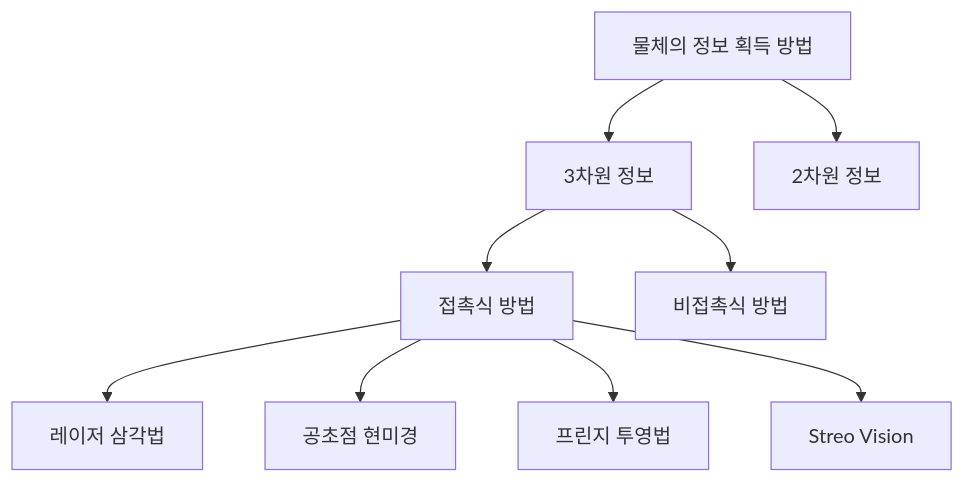
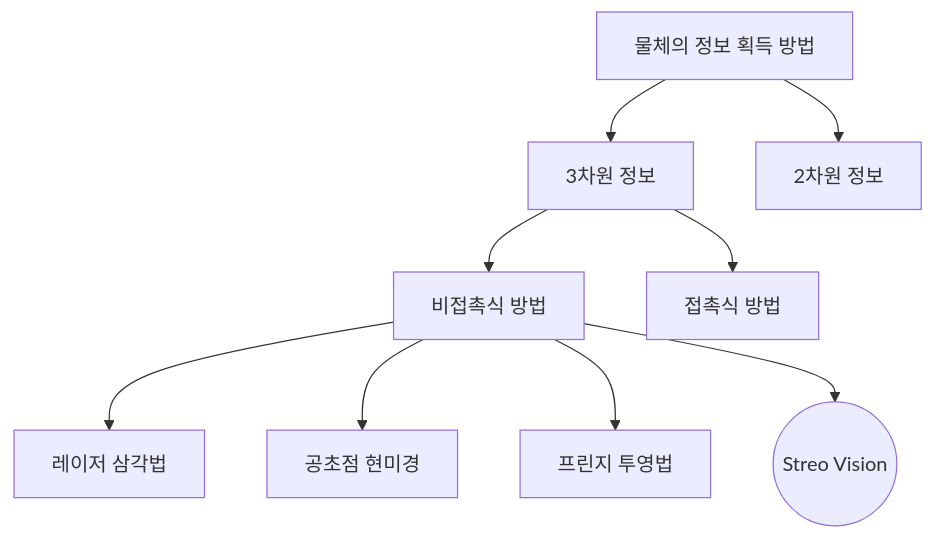
The first of 2 diagrams in 1. StreoVision/README.md (SagiK-Repository/StereoVision), drawn with Mermaid before and after one commit. The commit also changed other lines of this file, not shown here.

Commit message:
Add Mermaid

````diff
--- a/1. StreoVision/README.md
+++ b/1. StreoVision/README.md
@@ -16,9 +17,8 @@
 ```mermaid
 flowchart TB
 D["물체의 정보 획득 방법"]
 D --> A["3차원 정보"]
 D --> A_1["2차원 정보"]
-A --> B_1["접촉식 방법"] & B_2["비접촉식 방법"]
-B_1 --> C_1["레이저 삼각법"] & C_2["공초점 현미경"] & C_3["프린지 투영법"] & C_4["Streo Vision"]
-
+A --> B_1["비접촉식 방법"] & B_2["접촉식 방법"]
+B_1 --> C_1["레이저 삼각법"] & C_2["공초점 현미경"] & C_3["프린지 투영법"] & C_4(("Streo Vision"))
 ```
````
